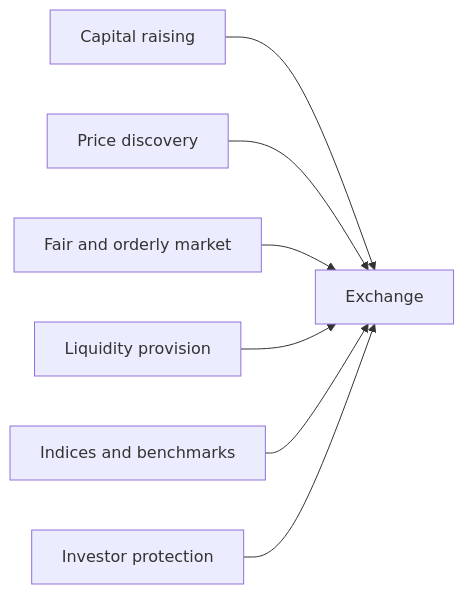
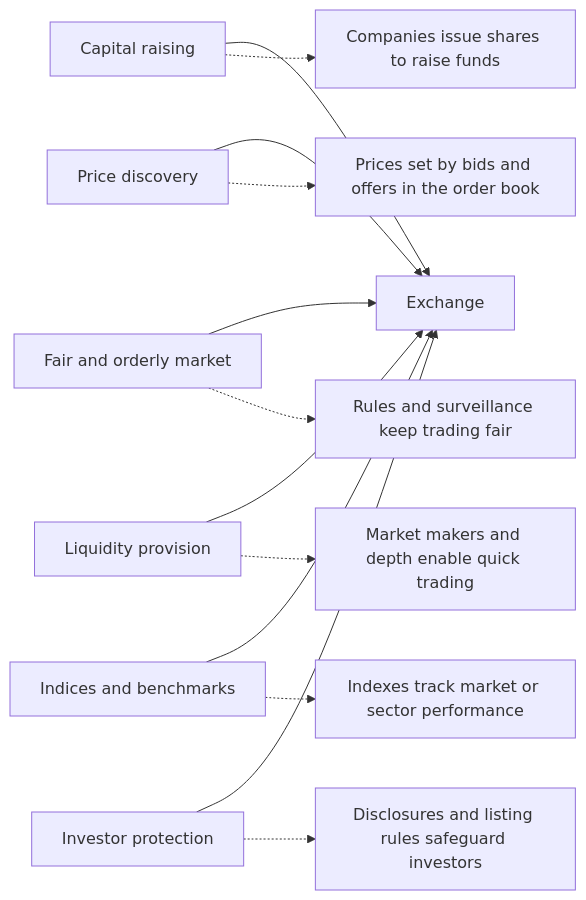
One commit to CheickPaul/Finance-Python-Learning-Portfolio changed the eighth of 10 diagrams in epat--quantinsti/modules/m01_epat_primer/primer02_stock_market_basics/notes_stock_market_basics.md. Above: the diagram before and after it, drawn with Mermaid. The commit also changed other lines of this file, not shown here.

````diff
--- a/epat--quantinsti/modules/m01_epat_primer/primer02_stock_market_basics/notes_stock_market_basics.md
+++ b/epat--quantinsti/modules/m01_epat_primer/primer02_stock_market_basics/notes_stock_market_basics.md
@@ -820,10 +820,18 @@
 ```mermaid
 graph LR
   X[Exchange]
+
   A[Capital raising] --> X
   B[Price discovery] --> X
   C[Fair and orderly market] --> X
   D[Liquidity provision] --> X
   E[Indices and benchmarks] --> X
   F[Investor protection] --> X
+
+  A -.-> Adef[Companies issue shares to raise funds]
+  B -.-> Bdef[Prices set by bids and offers in the order book]
+  C -.-> Cdef[Rules and surveillance keep trading fair]
+  D -.-> Ddef[Market makers and depth enable quick trading]
+  E -.-> Edef[Indexes track market or sector performance]
+  F -.-> Fdef[Disclosures and listing rules safeguard investors]
 ```
````
